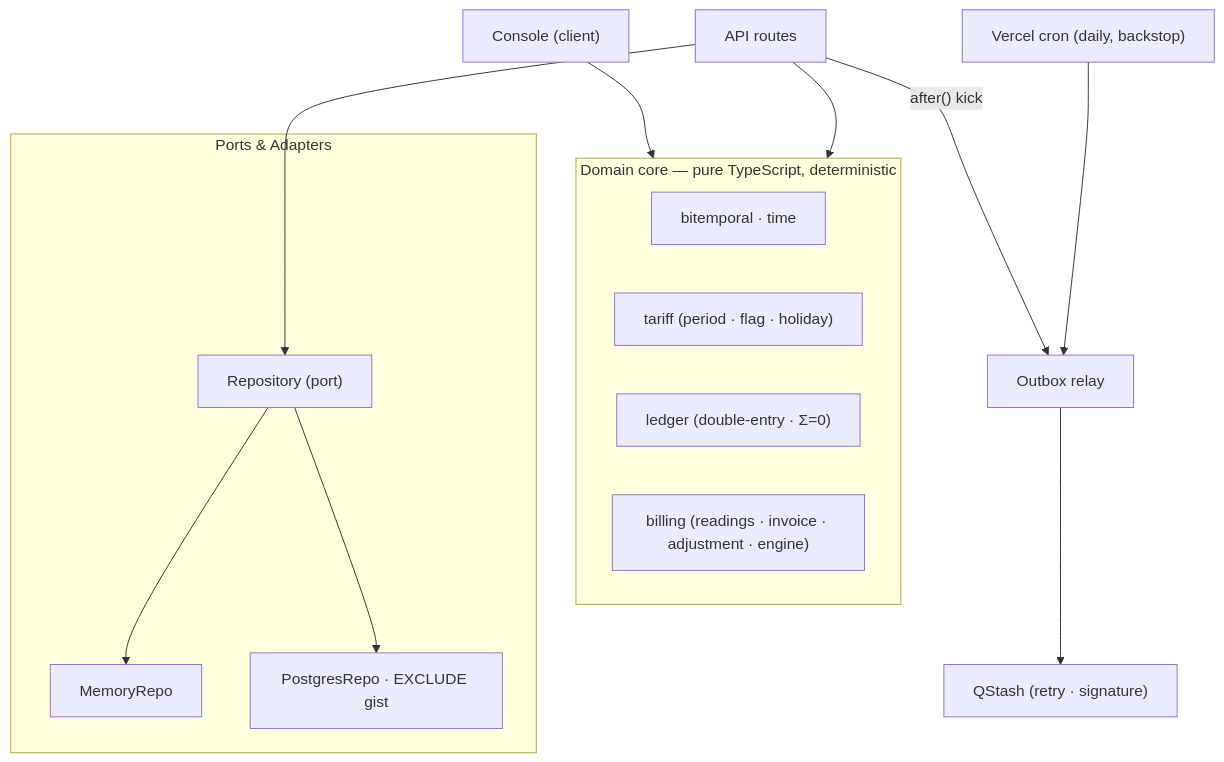
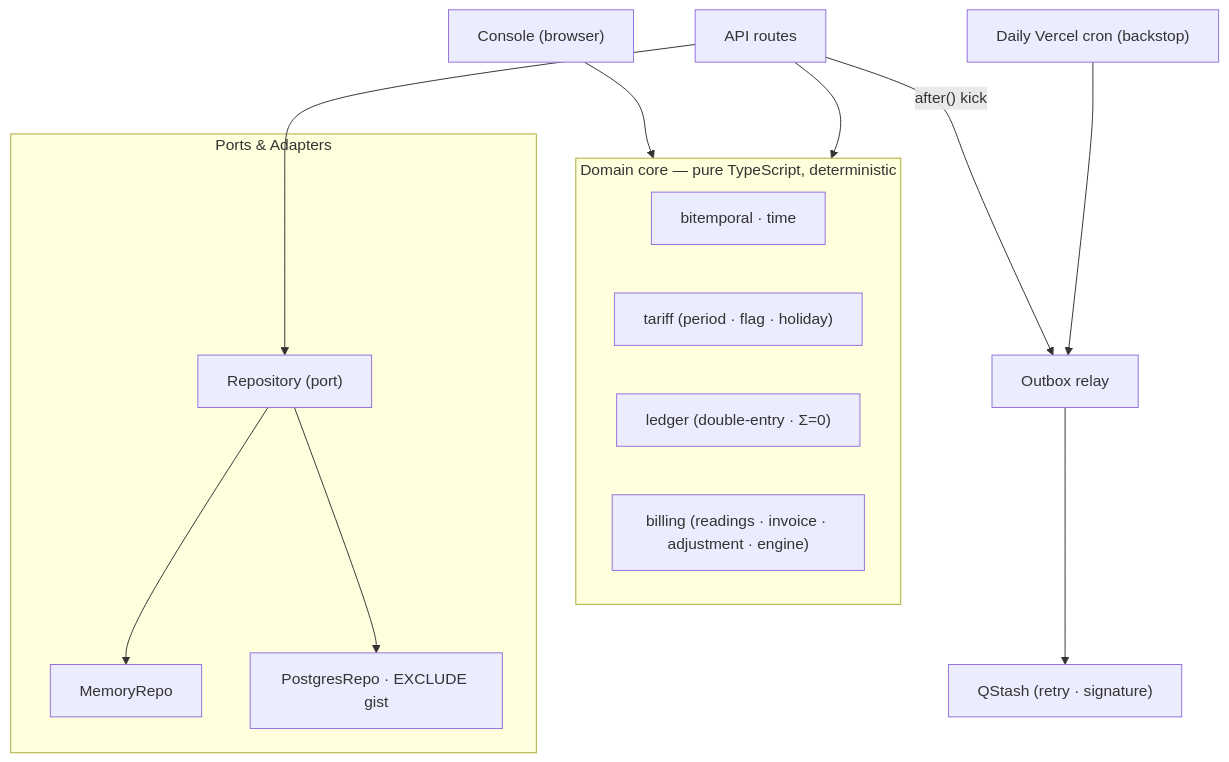
The diagram in README.en.md (igorjba/ledgerline), drawn with Mermaid before and after one commit. The commit also changed other lines of this file and 3 other files, not shown here.

````diff
--- a/README.en.md
+++ b/README.en.md
@@ -59,24 +60,24 @@
 ```mermaid
 flowchart TB
   subgraph core["Domain core — pure TypeScript, deterministic"]
     T["bitemporal · time"]
     TAR["tariff (period · flag · holiday)"]
     LED["ledger (double-entry · Σ=0)"]
     BILL["billing (readings · invoice · adjustment · engine)"]
   end
 
   subgraph ports["Ports & Adapters"]
     PORT["Repository (port)"]
     MEM["MemoryRepo"]
     PG["PostgresRepo · EXCLUDE gist"]
   end
 
-  UI["Console (client)"] --> core
+  UI["Console (browser)"] --> core
   API["API routes"] --> core
   API --> PORT
   PORT --> MEM
   PORT --> PG
   API -- "after() kick" --> OUT["Outbox relay"]
   OUT --> QS["QStash (retry · signature)"]
-  CRON["Vercel cron (daily, backstop)"] --> OUT
+  CRON["Daily Vercel cron (backstop)"] --> OUT
 ```
````
